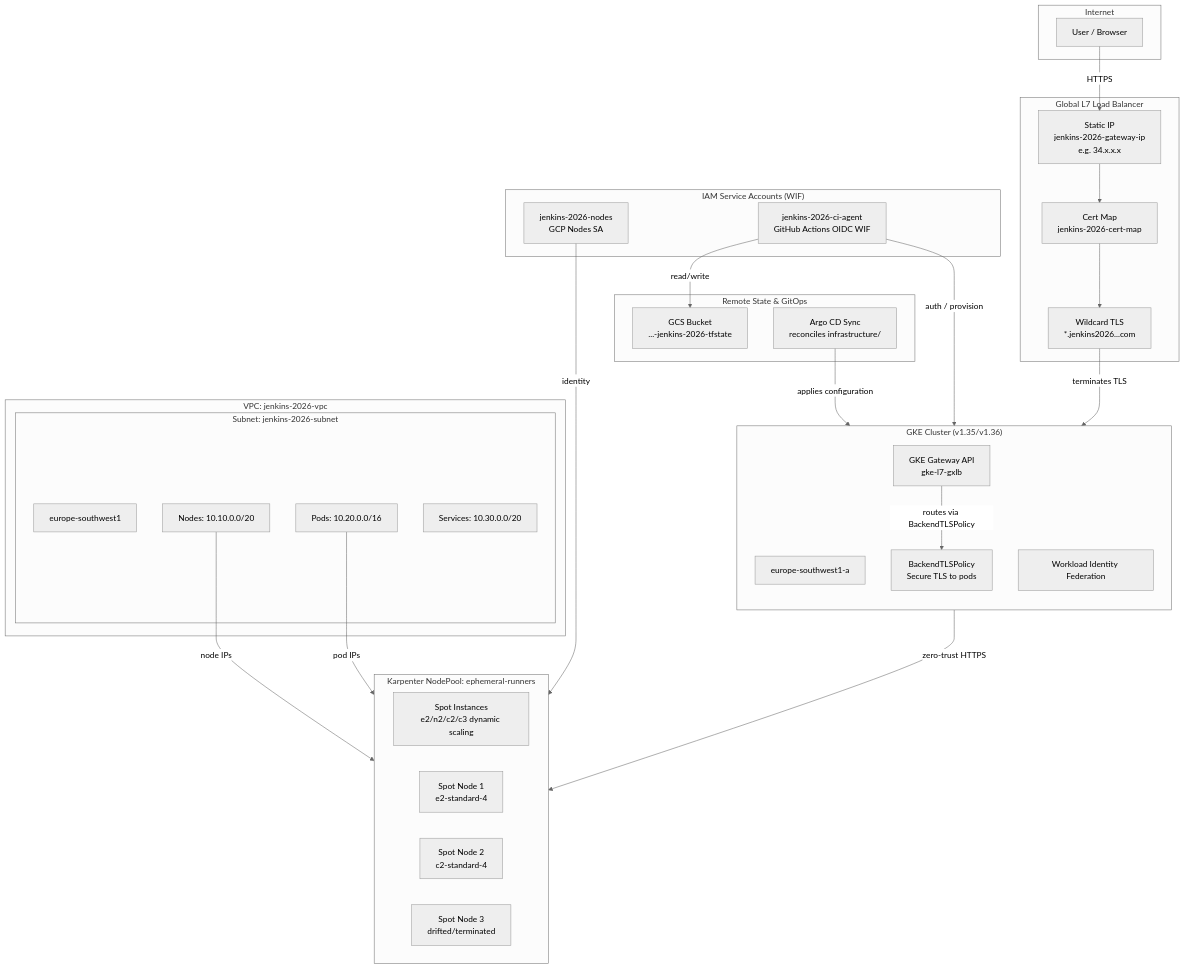
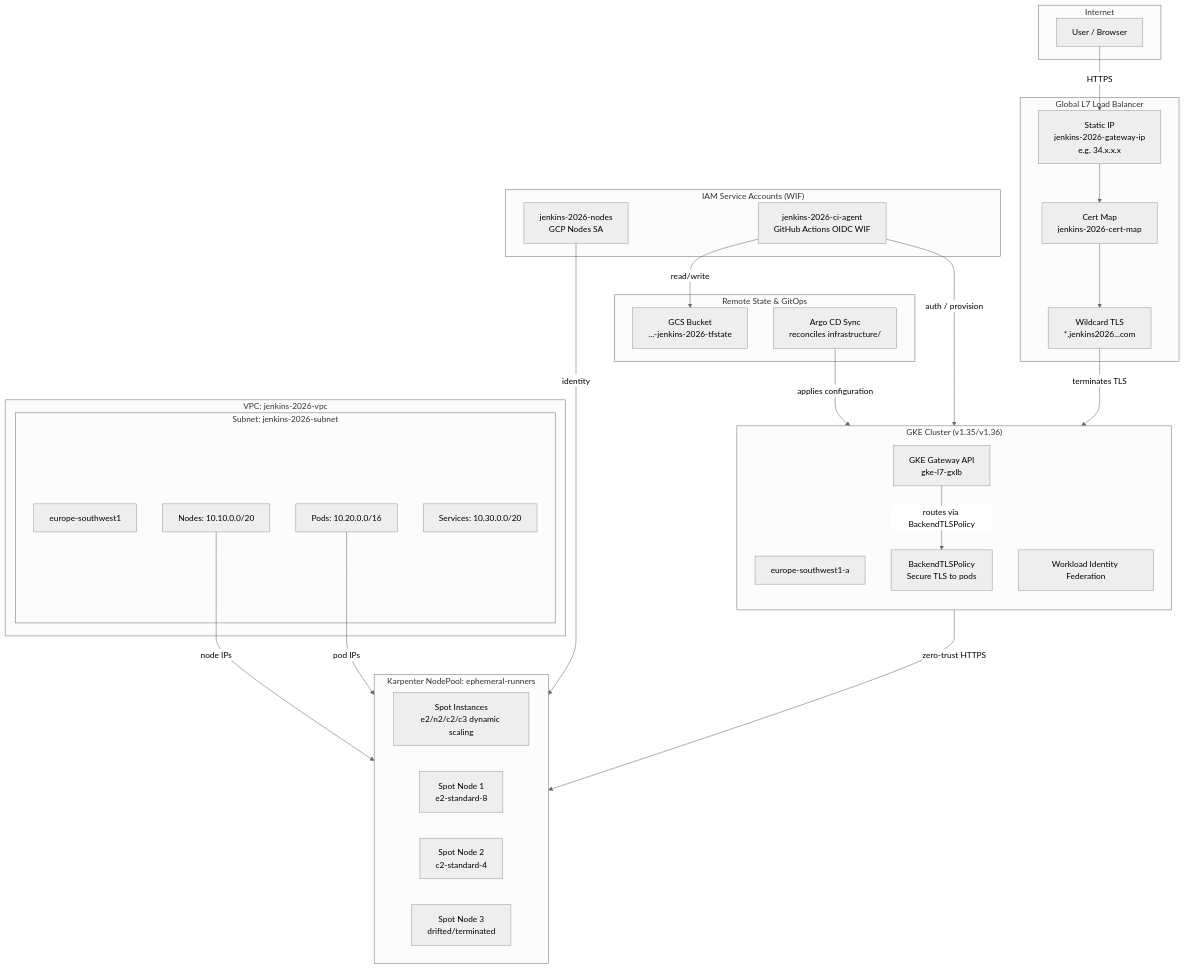
Before and after one commit to nubenetes/jenkins-2026: the seventh of 9 diagrams in README.md, drawn with Mermaid (neutral theme). The commit also changed other lines of this file and 5 other files, not shown here.

````diff
--- a/README.md
+++ b/README.md
@@ -1434,60 +1434,60 @@
 ```mermaid
 graph TD
     subgraph Internet ["Internet"]
         User["User / Browser"]
     end
 
     subgraph GlobalLB ["Global L7 Load Balancer"]
         StaticIP["Static IP<br>jenkins-2026-gateway-ip<br>e.g. 34.x.x.x"]
         CertMap["Cert Map<br>jenkins-2026-cert-map"]
         WildcardTLS["Wildcard TLS<br>*.jenkins2026...com"]
     end
 
     subgraph VPC ["VPC: jenkins-2026-vpc"]
         subgraph Subnet ["Subnet: jenkins-2026-subnet"]
             SubnetInfo["europe-southwest1"]
             NodeRange["Nodes: 10.10.0.0/20"]
             PodRange["Pods: 10.20.0.0/16"]
             SvcRange["Services: 10.30.0.0/20"]
         end
     end
 
     subgraph Cluster ["GKE Cluster (v1.35/v1.36)"]
         ClusterInfo["europe-southwest1-a"]
         direction TB
         GatewayAPI["GKE Gateway API<br/>gke-l7-gxlb"]
         BackendTLS["BackendTLSPolicy<br/>Secure TLS to pods"]
         WI["Workload Identity Federation"]
     end
 
     subgraph KarpenterPool ["Karpenter NodePool: ephemeral-runners"]
         PoolInfo["Spot Instances<br/>e2/n2/c2/c3 dynamic scaling"]
         direction LR
-        S1["Spot Node 1<br/>e2-standard-4"]
+        S1["Spot Node 1<br/>e2-standard-8"]
         S2["Spot Node 2<br/>c2-standard-4"]
         S3["Spot Node 3<br/>drifted/terminated"]
     end
 
     subgraph IAM ["IAM Service Accounts (WIF)"]
         NodeSA["jenkins-2026-nodes<br/>GCP Nodes SA"]
         CISA["jenkins-2026-ci-agent<br/>GitHub Actions OIDC WIF"]
     end
 
     subgraph State ["Remote State & GitOps"]
         GCS["GCS Bucket<br>...-jenkins-2026-tfstate"]
         ArgoCD["Argo CD Sync<br>reconciles infrastructure/"]
     end
 
     User -->|"HTTPS"| StaticIP
     StaticIP --> CertMap
     CertMap --> WildcardTLS
     WildcardTLS -->|"terminates TLS"| GatewayAPI
     GatewayAPI -->|"routes via BackendTLSPolicy"| BackendTLS
     BackendTLS -->|"zero-trust HTTPS"| KarpenterPool
     NodeRange -->|"node IPs"| KarpenterPool
     PodRange -->|"pod IPs"| KarpenterPool
     NodeSA -->|"identity"| KarpenterPool
     CISA -->|"auth / provision"| Cluster
     CISA -->|"read/write"| GCS
     ArgoCD -->|"applies configuration"| Cluster
 ```
````
